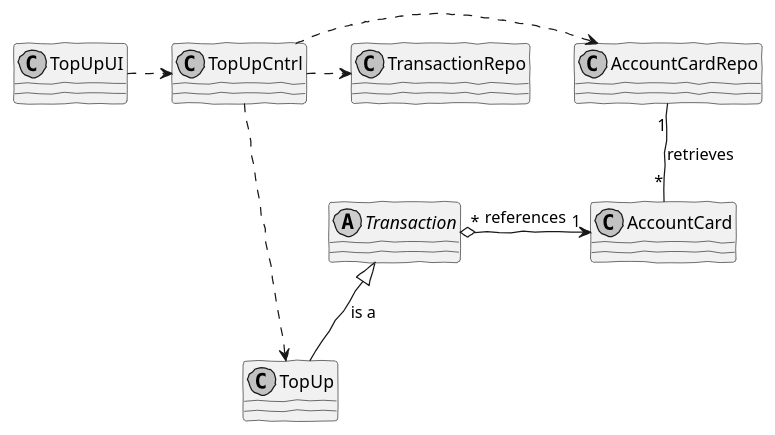
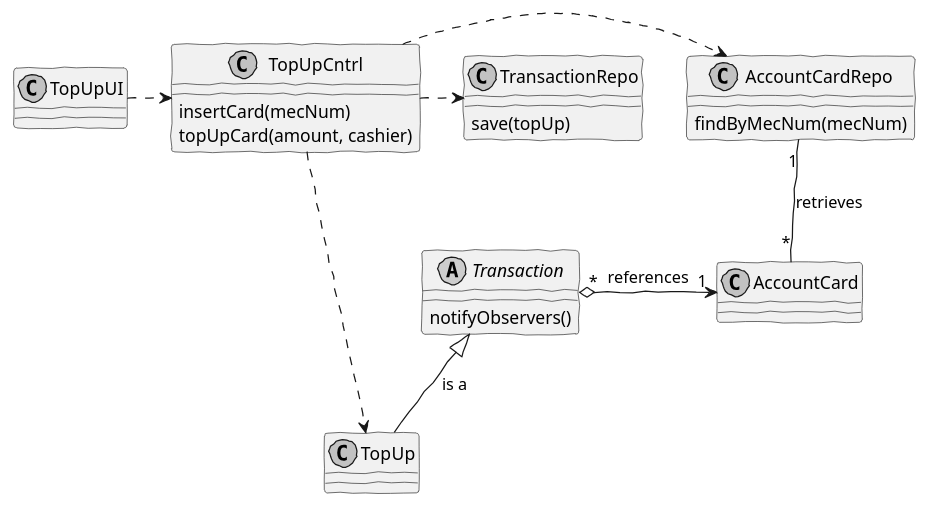
Before and after one commit to Ren1140822/EAPLI: the diagram in documentation/CashierOperations/UC-CO-03-TopUpCard/TopUpAccountCD.puml, drawn with PlantUML. The commit also changed other lines of this file and 9 other files, not shown here.

```diff
--- a/documentation/CashierOperations/UC-CO-03-TopUpCard/TopUpAccountCD.puml
+++ b/documentation/CashierOperations/UC-CO-03-TopUpCard/TopUpAccountCD.puml
@@ -1,28 +1,36 @@
 @startuml
+
 
 'http://plantuml.com/skinparam.html
 skinparam handwritten true
 skinparam monochrome true
 skinparam packageStyle rect
 skinparam defaultFontName FG Virgil
 skinparam shadowing false
 
+
 class TopUpUI
 class TopUpCntrl
 class AccountCardRepo
 class TransactionRepo
 class AccountCard
 class TopUp
 abstract class Transaction
+
+
+TopUpCntrl : insertCard(mecNum)
+TopUpCntrl : topUpCard(amount, cashier)
+AccountCardRepo : findByMecNum(mecNum)
+TransactionRepo : save(topUp)
+Transaction : notifyObservers()
 
 Transaction <|-- TopUp : is a
 TopUpUI .> TopUpCntrl
 TopUpCntrl .> AccountCardRepo
 TopUpCntrl .> TransactionRepo
 TopUpCntrl .> TopUp
 Transaction "*" o-> "1" AccountCard : references
 AccountCardRepo "1" -- "*" AccountCard : retrieves
 
 
-
 @enduml
```
